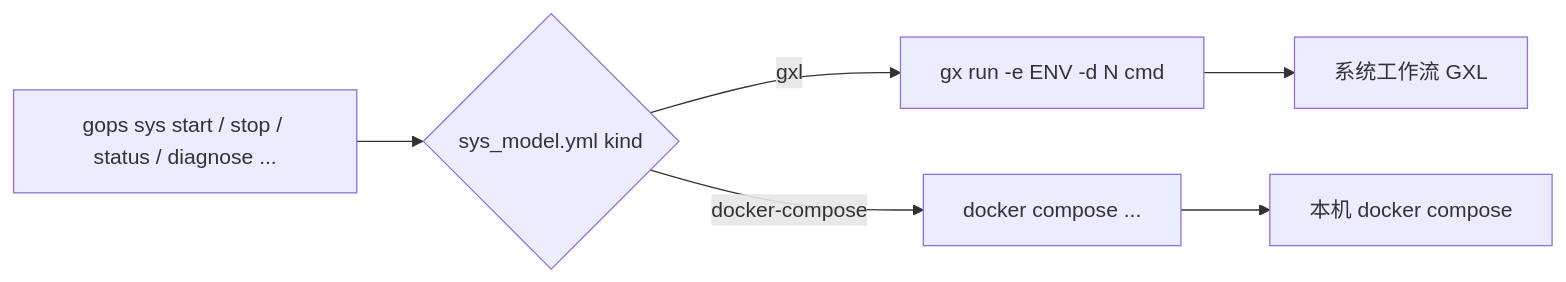
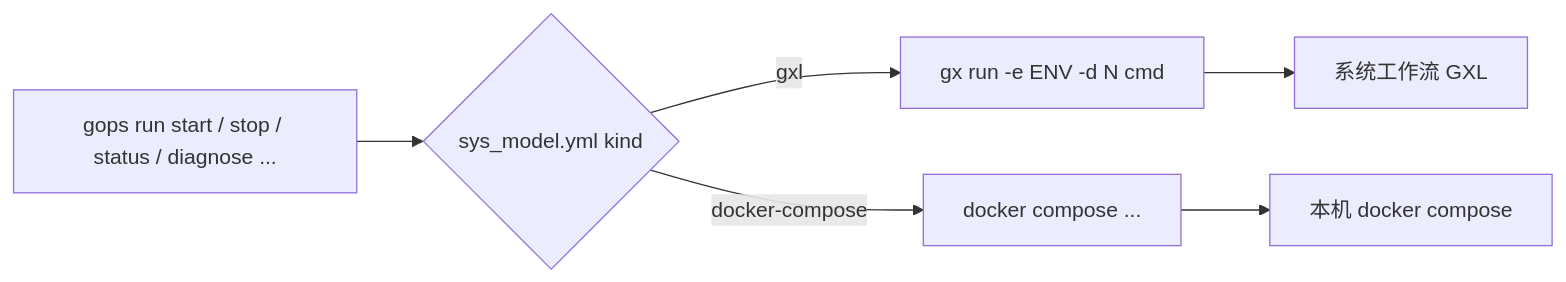
One commit to galaxio-labs/operator-docs changed the second of 3 diagrams in src/operator/overview.md. Above: the diagram before and after it, drawn with Mermaid. The commit also changed other lines of this file and 10 other files, not shown here.

Commit message:
docs: 拆出 gops run（运行时运维），gops sys 只留定义/交付；同步相关文档

````diff
--- a/src/operator/overview.md
+++ b/src/operator/overview.md
@@ -267,8 +267,8 @@
 ```mermaid
 flowchart LR
-    CMD["gops sys start / stop / status / diagnose ..."] --> K{"sys_model.yml kind"}
+    CMD["gops run start / stop / status / diagnose ..."] --> K{"sys_model.yml kind"}
     K -->|gxl| GX["gx run -e ENV -d N cmd"]
     K -->|docker-compose| DC["docker compose ..."]
     GX --> WF["系统工作流 GXL"]
     DC --> LOCAL["本机 docker compose"]
 ```
````
